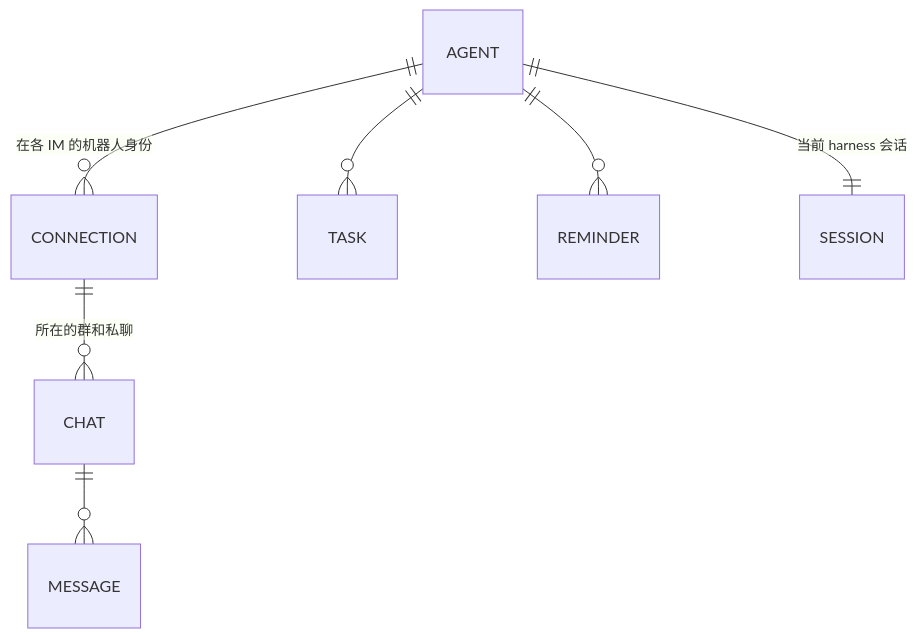
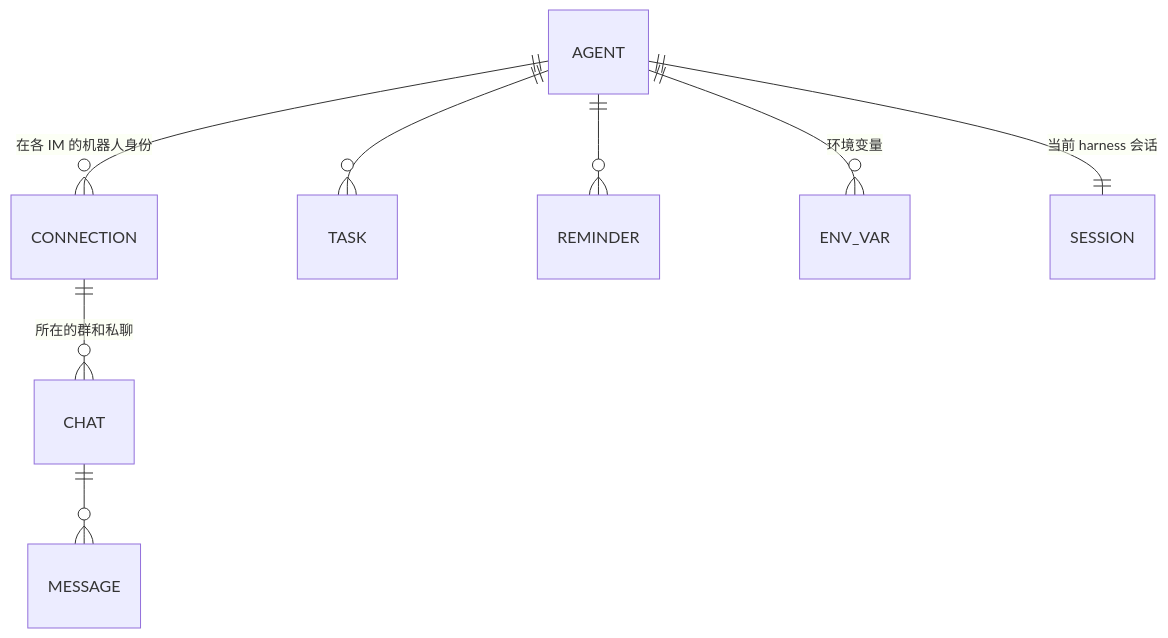
One commit to earayu/Mingle changed the first of 3 diagrams in docs/spec.md. Above: the diagram before and after it, drawn with Mermaid. The commit also changed other lines of this file and 20 other files, not shown here.

````diff
--- a/docs/spec.md
+++ b/docs/spec.md
@@ -68,9 +68,10 @@
 ```mermaid
 erDiagram
   AGENT ||--o{ CONNECTION : "在各 IM 的机器人身份"
   CONNECTION ||--o{ CHAT : "所在的群和私聊"
   CHAT ||--o{ MESSAGE : ""
   AGENT ||--o{ TASK : ""
   AGENT ||--o{ REMINDER : ""
+  AGENT ||--o{ ENV_VAR : "环境变量"
   AGENT ||--|| SESSION : "当前 harness 会话"
 ```
````
